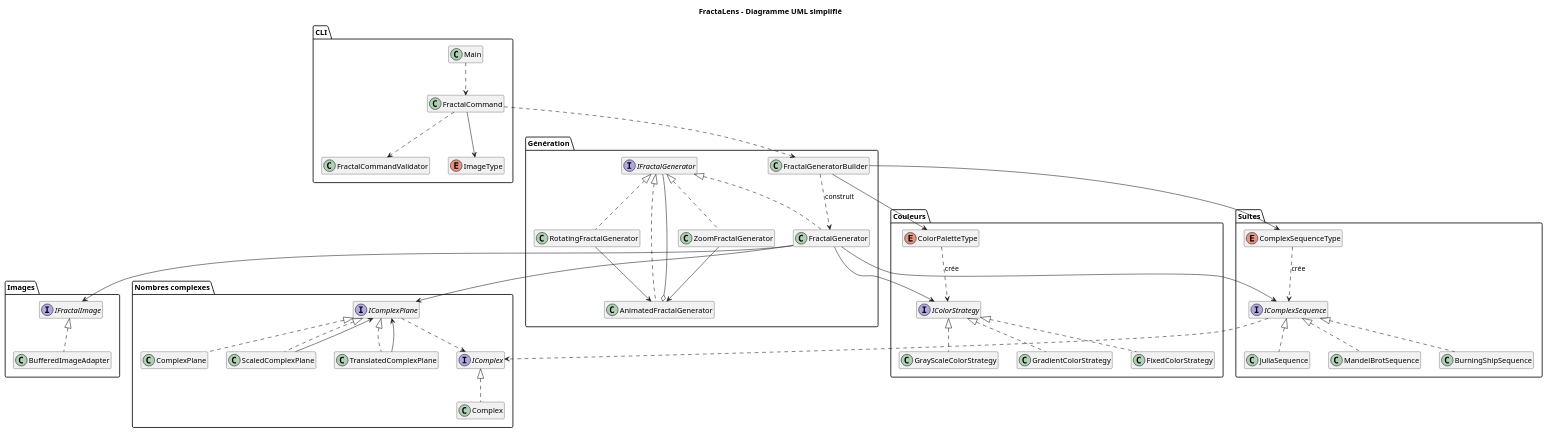
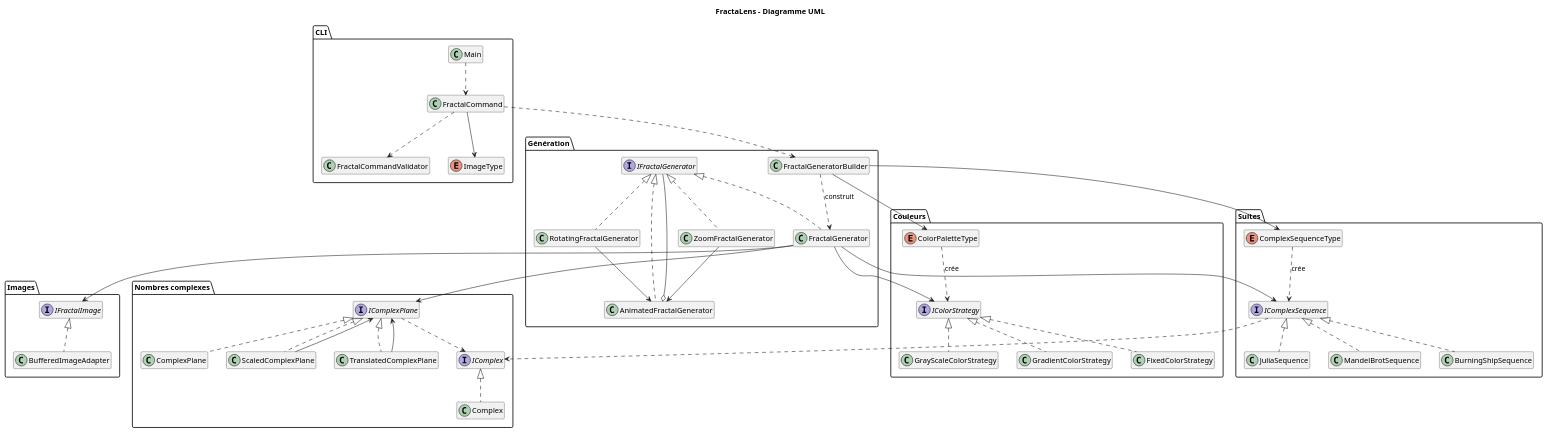
One commit to Aroxe1/fractaLens changed the first of 2 diagrams in README.md. Above: the diagram before and after it, drawn with PlantUML.

````diff
--- a/README.md
+++ b/README.md
@@ -108,6 +108,6 @@
 ``` plantuml
 @startuml
-title FractaLens - Diagramme UML simplifié
+title FractaLens - Diagramme UML 
 
 hide empty members
 skinparam classAttributeIconSize 0
````
